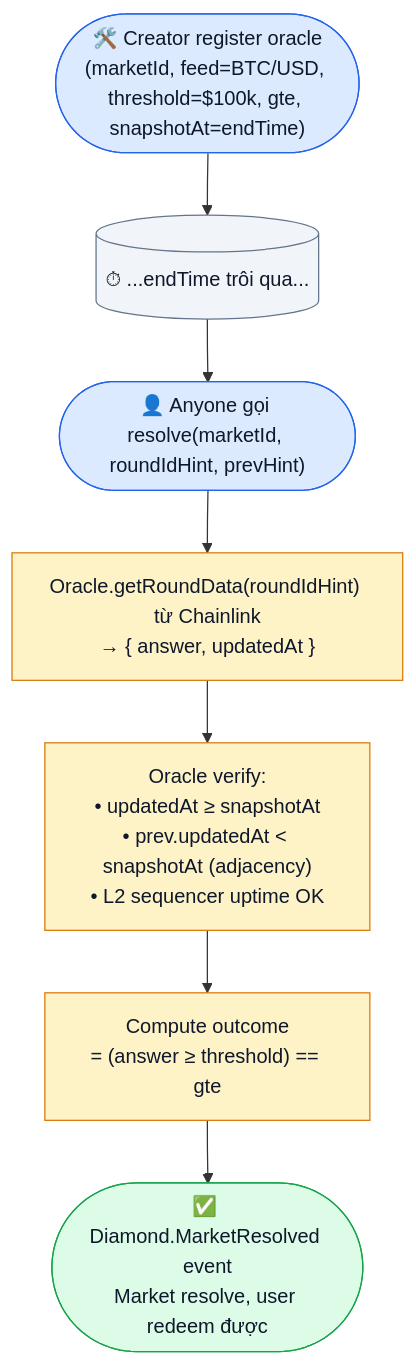
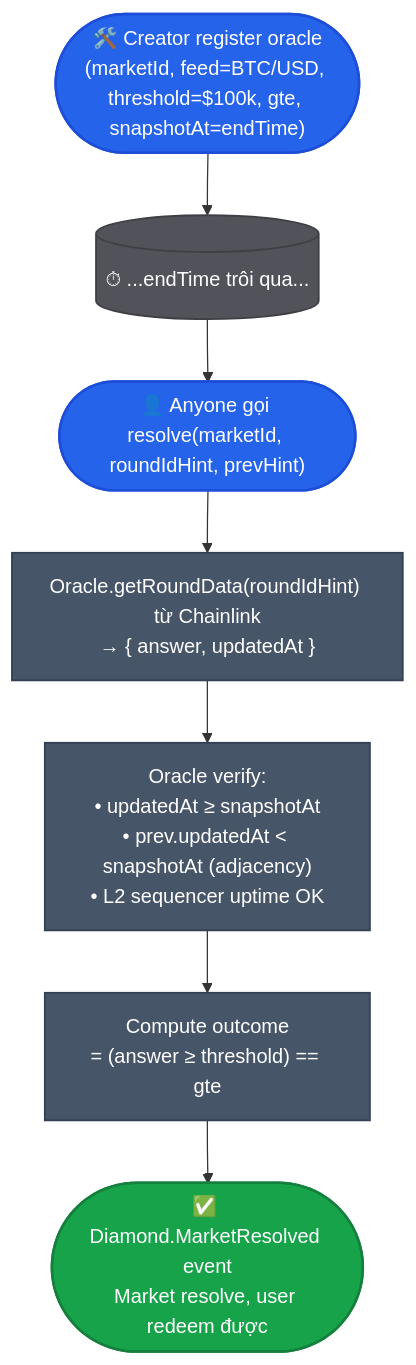
The third of 5 diagrams in vi_v6/khai-niem/resolution.md (PrediX-Protocol/predix-docs), drawn with Mermaid before and after one commit. The commit also changed other lines of this file and 32 other files, not shown here.

First line of the commit message:
docs(vi_v6): redesign Mermaid theme — solid mid-tone palette + dark theme

````diff
--- a/vi_v6/khai-niem/resolution.md
+++ b/vi_v6/khai-niem/resolution.md
@@ -52,19 +52,19 @@
 ```mermaid
 flowchart TD
     Creator(["🛠️ Creator register oracle<br/>(marketId, feed=BTC/USD, threshold=$100k, gte, snapshotAt=endTime)"])
     Creator --> Wait[("⏱ ...endTime trôi qua...")]
     Wait --> Anyone(["👤 Anyone gọi resolve(marketId, roundIdHint, prevHint)"])
     Anyone --> S1["Oracle.getRoundData(roundIdHint) từ Chainlink<br/>→ { answer, updatedAt }"]
     S1 --> Check["Oracle verify:<br/>• updatedAt ≥ snapshotAt<br/>• prev.updatedAt &lt; snapshotAt (adjacency)<br/>• L2 sequencer uptime OK"]
     Check --> S2["Compute outcome<br/>= (answer ≥ threshold) == gte"]
     S2 --> End(["✅ Diamond.MarketResolved event<br/>Market resolve, user redeem được"])
 
-    classDef st fill:#dbeafe,stroke:#2563eb,color:#0f172a
-    classDef step fill:#fef3c7,stroke:#d97706,color:#0f172a
-    classDef wait fill:#f1f5f9,stroke:#64748b,color:#0f172a
-    classDef ok fill:#dcfce7,stroke:#16a34a,color:#0f172a
+    classDef st fill:#2563eb,stroke:#1d4ed8,color:#fff,stroke-width:2px
+    classDef step fill:#475569,stroke:#334155,color:#fff,stroke-width:1.5px
+    classDef wait fill:#52525b,stroke:#3f3f46,color:#fff,stroke-width:1.5px
+    classDef ok fill:#16a34a,stroke:#15803d,color:#fff,stroke-width:2px
     class Creator,Anyone st
     class S1,Check,S2 step
     class Wait wait
     class End ok
 ```
````
